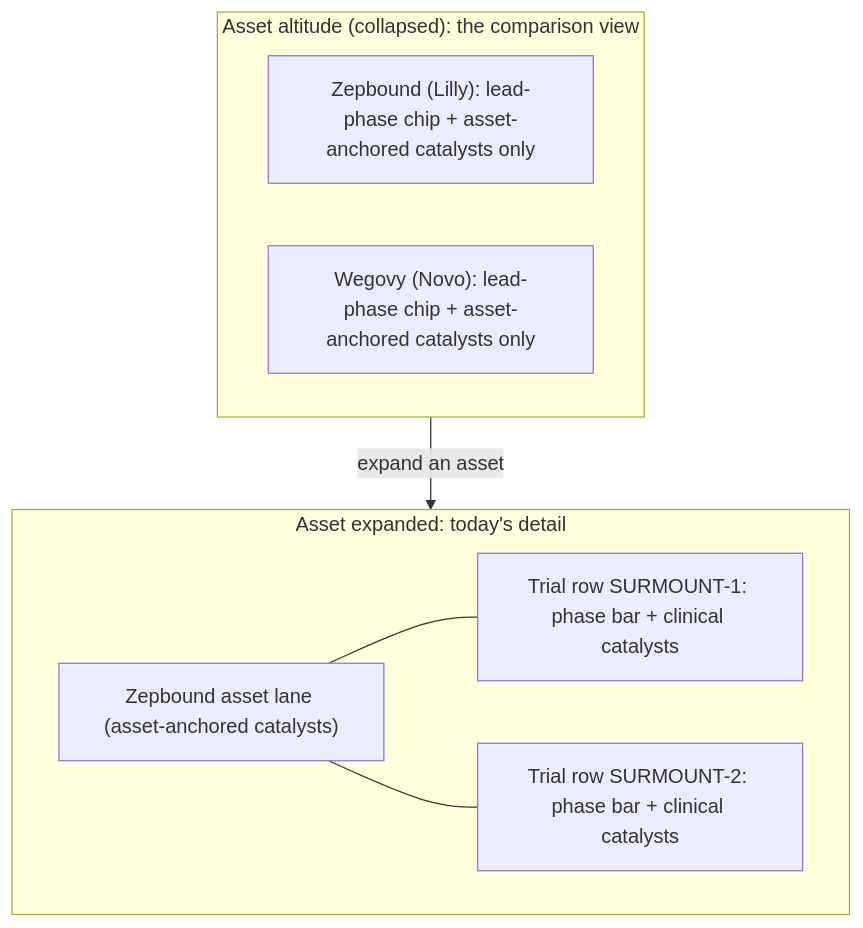
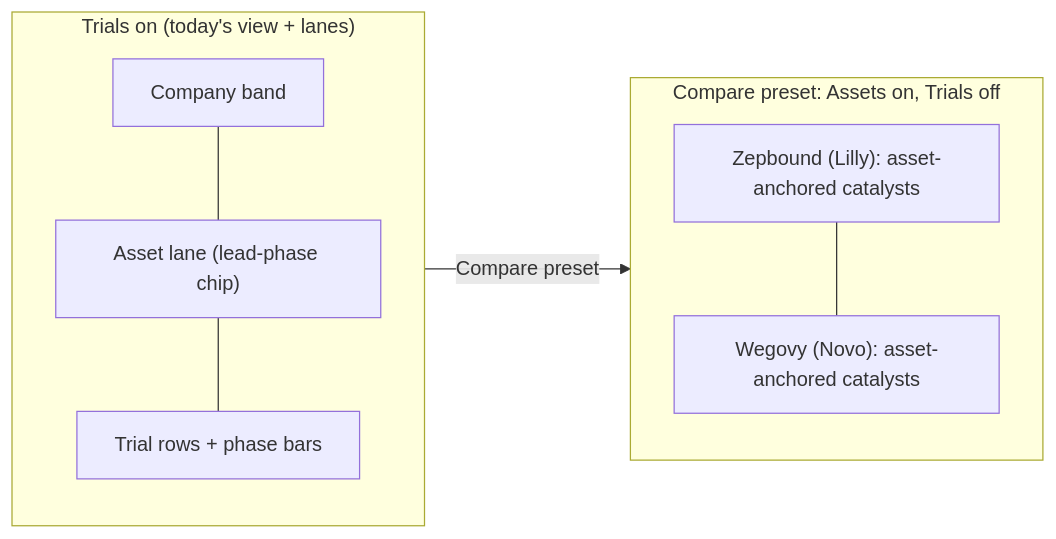
Before and after one commit to clint-org/clint: the second of 2 diagrams in docs/superpowers/specs/2026-06-28-unified-events-timeline-design.md, drawn with Mermaid. The commit also changed other lines of this file, not shown here.

Commit message:
docs(spec): replace altitude mode with per-level row-visibility toggles + Compare preset

````diff
--- a/docs/superpowers/specs/2026-06-28-unified-events-timeline-design.md
+++ b/docs/superpowers/specs/2026-06-28-unified-events-timeline-design.md
@@ -248,15 +245,17 @@
 ```mermaid
-flowchart TB
-  subgraph collapsed["Asset altitude (collapsed): the comparison view"]
-    AR1["Zepbound (Lilly): lead-phase chip + asset-anchored catalysts only"]
-    AR2["Wegovy (Novo): lead-phase chip + asset-anchored catalysts only"]
+flowchart LR
+  subgraph today["Trials on (today's view + lanes)"]
+    direction TB
+    C1["Company band"]
+    A1["Asset lane (lead-phase chip)"]
+    TR1["Trial rows + phase bars"]
+    C1 --- A1 --- TR1
   end
-  subgraph expanded["Asset expanded: today's detail"]
-    AL["Zepbound asset lane (asset-anchored catalysts)"]
-    T1["Trial row SURMOUNT-1: phase bar + clinical catalysts"]
-    T2["Trial row SURMOUNT-2: phase bar + clinical catalysts"]
-    AL --- T1
-    AL --- T2
+  subgraph compare["Compare preset: Assets on, Trials off"]
+    direction TB
+    AR1["Zepbound (Lilly): asset-anchored catalysts"]
+    AR2["Wegovy (Novo): asset-anchored catalysts"]
+    AR1 --- AR2
   end
-  collapsed -- "expand an asset" --> expanded
+  today -- "Compare preset" --> compare
 ```
````
